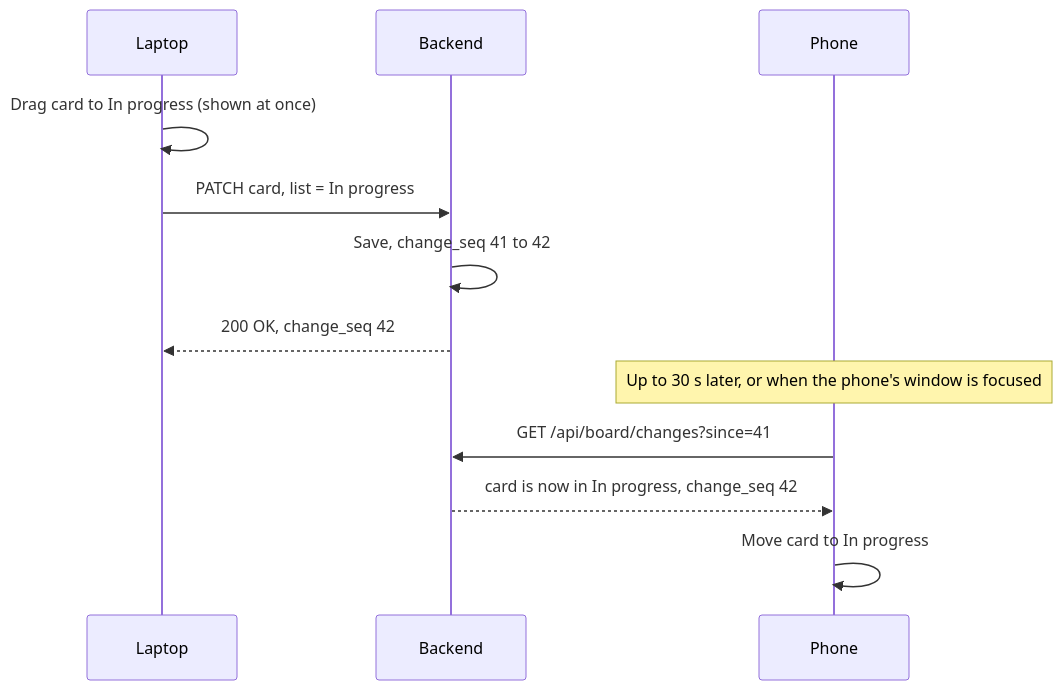
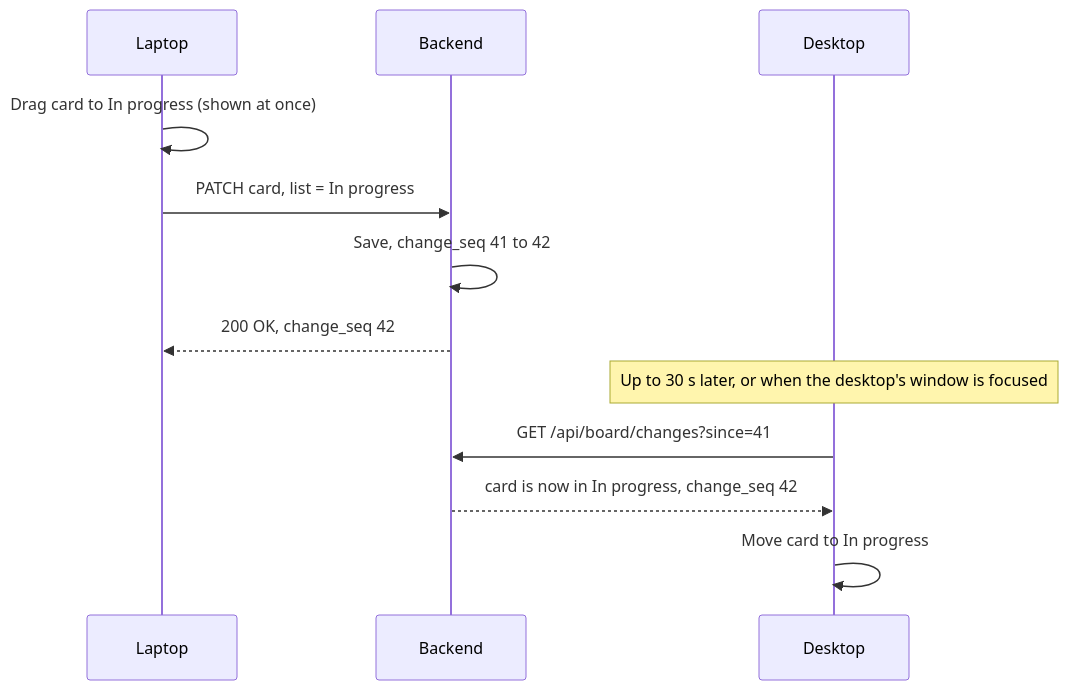
The third of 6 diagrams in docs/canvas-portal/03-design.md (bbranton/TestProj), drawn with Mermaid before and after one commit. The commit also changed other lines of this file and 4 other files, not shown here.

First line of the commit message:
Move phone support to Phase 5

````diff
--- a/docs/canvas-portal/03-design.md
+++ b/docs/canvas-portal/03-design.md
@@ -261,15 +262,15 @@
 ```mermaid
 sequenceDiagram
     participant L as Laptop
     participant A as Backend
-    participant P as Phone
+    participant D as Desktop
 
     L->>L: Drag card to In progress (shown at once)
     L->>A: PATCH card, list = In progress
     A->>A: Save, change_seq 41 to 42
     A-->>L: 200 OK, change_seq 42
-    Note over P: Up to 30 s later, or when the phone's window is focused
-    P->>A: GET /api/board/changes?since=41
-    A-->>P: card is now in In progress, change_seq 42
-    P->>P: Move card to In progress
+    Note over D: Up to 30 s later, or when the desktop's window is focused
+    D->>A: GET /api/board/changes?since=41
+    A-->>D: card is now in In progress, change_seq 42
+    D->>D: Move card to In progress
 ```
````
